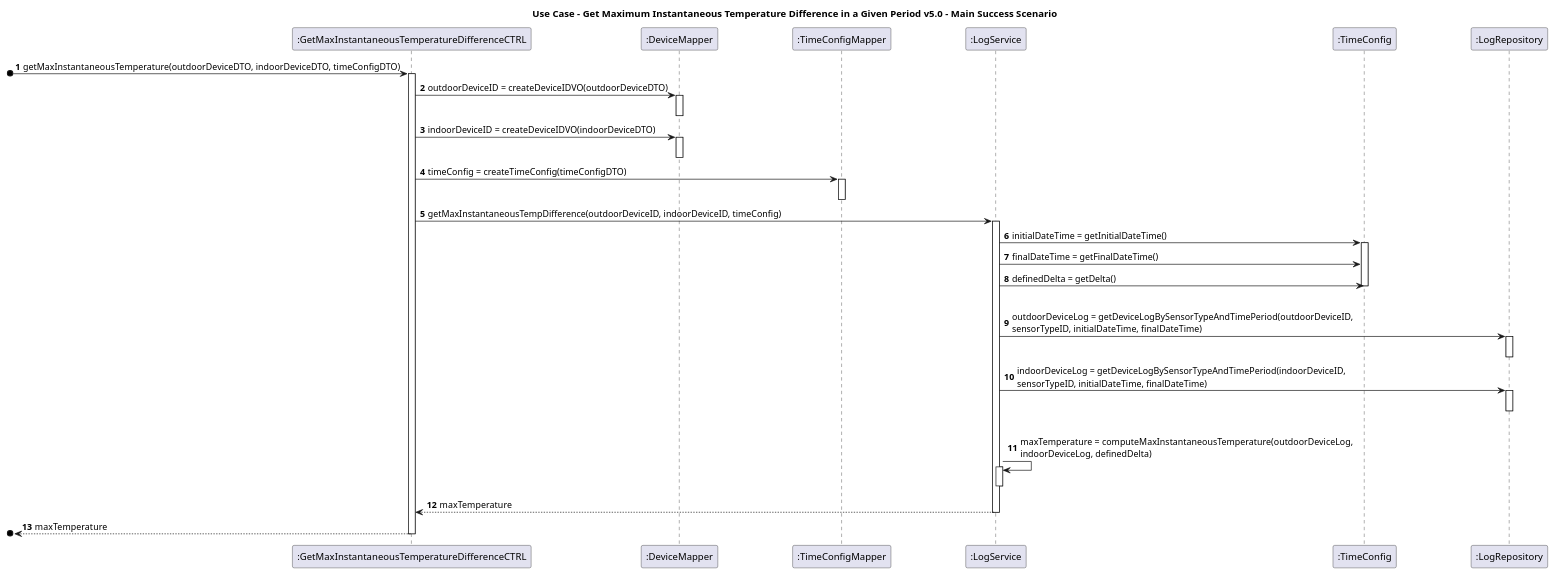
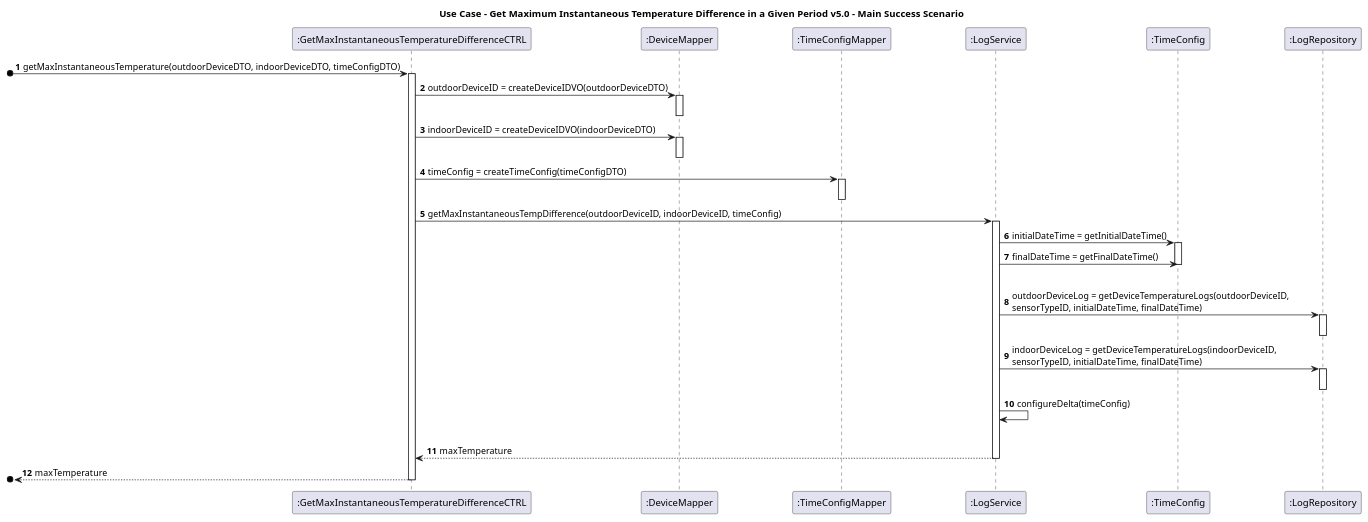
Before and after one commit to AfonsoNeves77/smartHouse: the diagram in docs/usecases/getMaxTemperatureDifferenceWithinInterval/GetMaxTemperatureDifference_SequenceDiagram_v5.0.puml, drawn with PlantUML. The commit also changed 1 other file, not shown here.

Commit message:
[docs]: update Documentation for Use Case: Get Maximum Instantaneous Temperature Difference in a Given Period. Fixes #366

```diff
--- a/docs/usecases/getMaxTemperatureDifferenceWithinInterval/GetMaxTemperatureDifference_SequenceDiagram_v5.0.puml
+++ b/docs/usecases/getMaxTemperatureDifferenceWithinInterval/GetMaxTemperatureDifference_SequenceDiagram_v5.0.puml
@@ -1,57 +1,55 @@
 @startuml
 
 skinparam ParticipantPadding 50
 
 autonumber
 title Use Case - Get Maximum Instantaneous Temperature Difference in a Given Period v5.0 - Main Success Scenario
 
 participant ":GetMaxInstantaneousTemperatureDifferenceCTRL" as C
 participant ":DeviceMapper" as DM
 participant ":TimeConfigMapper" as TPM
 participant ":LogService" as LS
 participant ":TimeConfig" as TC
 participant ":LogRepository" as LR
 
 
 [o-> C : getMaxInstantaneousTemperature(outdoorDeviceDTO, indoorDeviceDTO, timeConfigDTO)
 activate C
 
 C -> DM : outdoorDeviceID = createDeviceIDVO(outdoorDeviceDTO)
 activate DM
 deactivate DM
 
 C -> DM : indoorDeviceID = createDeviceIDVO(indoorDeviceDTO)
 activate DM
 deactivate DM
 
 C -> TPM : timeConfig = createTimeConfig(timeConfigDTO)
 activate TPM
 deactivate TPM
 
 C -> LS : getMaxInstantaneousTempDifference(outdoorDeviceID, indoorDeviceID, timeConfig)
 activate LS
 LS -> TC : initialDateTime = getInitialDateTime()
 activate TC
 LS -> TC : finalDateTime = getFinalDateTime()
-LS -> TC : definedDelta = getDelta()
 |||
 deactivate TC
-LS -> LR : outdoorDeviceLog = getDeviceLogBySensorTypeAndTimePeriod(outdoorDeviceID,\nsensorTypeID, initialDateTime, finalDateTime)
+LS -> LR : outdoorDeviceLog = getDeviceTemperatureLogs(outdoorDeviceID,\nsensorTypeID, initialDateTime, finalDateTime)
 activate LR
 deactivate LR
 
-LS -> LR : indoorDeviceLog = getDeviceLogBySensorTypeAndTimePeriod(indoorDeviceID,\nsensorTypeID, initialDateTime, finalDateTime)
+LS -> LR : indoorDeviceLog = getDeviceTemperatureLogs(indoorDeviceID,\nsensorTypeID, initialDateTime, finalDateTime)
 activate LR
 deactivate LR
+LS ->LS : configureDelta(timeConfig)
 |||
-LS -> LS : maxTemperature = computeMaxInstantaneousTemperature(outdoorDeviceLog,\nindoorDeviceLog, definedDelta)
-activate LS
-deactivate LS
+
 
 LS --> C : maxTemperature
 deactivate LS
 
 [o<-- C : maxTemperature
 deactivate C
 
 @enduml
```
